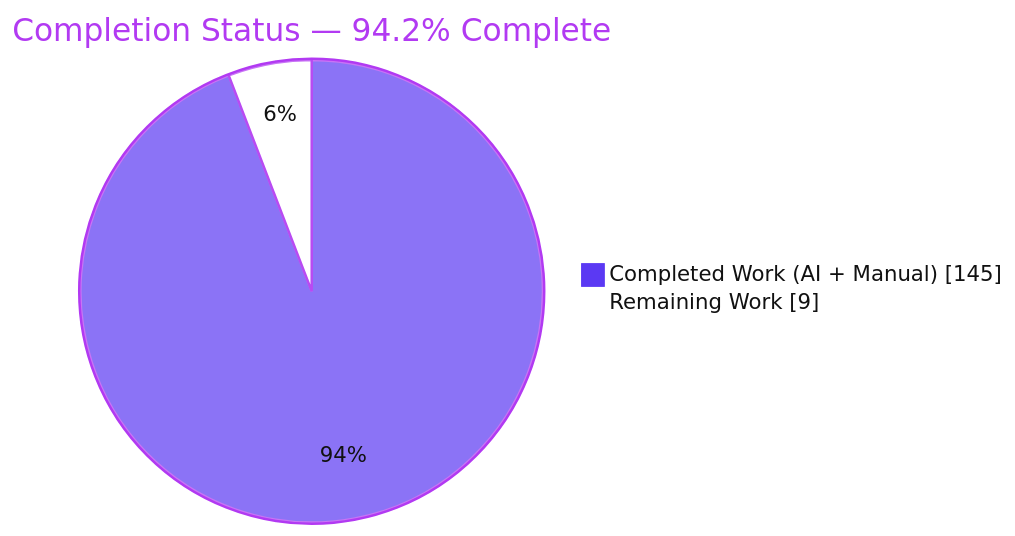
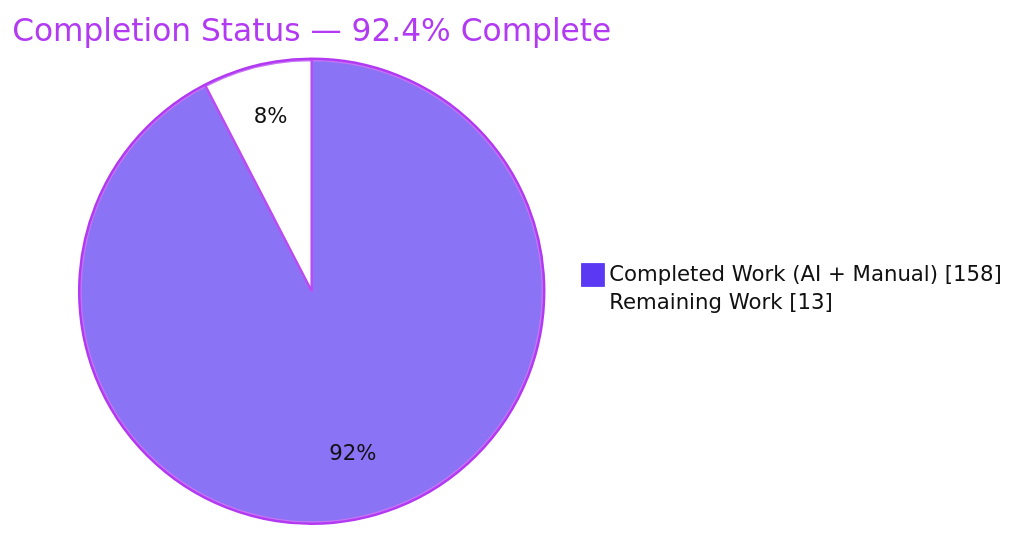
Before and after one commit to blitzy-public-samples/aws-carddemo-blitzy: the first of 3 diagrams in blitzy/documentation/Project Guide.md, drawn with Mermaid. The commit also changed other lines of this file, not shown here.

Commit message:
Adding Blitzy Project Guide: Project Status and Human Tasks Remaining

````diff
--- a/blitzy/documentation/Project Guide.md
+++ b/blitzy/documentation/Project Guide.md
@@ -16,6 +17,6 @@
 ```mermaid
 %%{init: {'theme':'base','themeVariables':{'pie1':'#5B39F3','pie2':'#FFFFFF','pieStrokeColor':'#B23AF2','pieStrokeWidth':'2px','pieOuterStrokeColor':'#B23AF2','pieOuterStrokeWidth':'2px','pieTitleTextColor':'#B23AF2','pieSectionTextColor':'#111111','pieLegendTextColor':'#111111'}}}%%
-pie showData title Completion Status — 94.2% Complete
-    "Completed Work (AI + Manual)" : 145
-    "Remaining Work" : 9
+pie showData title Completion Status — 92.4% Complete
+    "Completed Work (AI + Manual)" : 158
+    "Remaining Work" : 13
 ```
````
